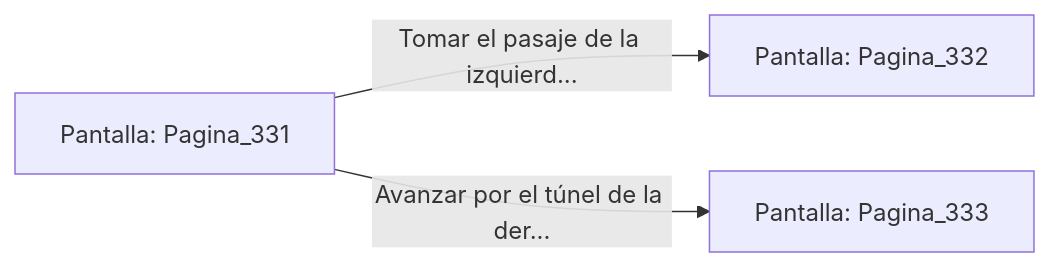
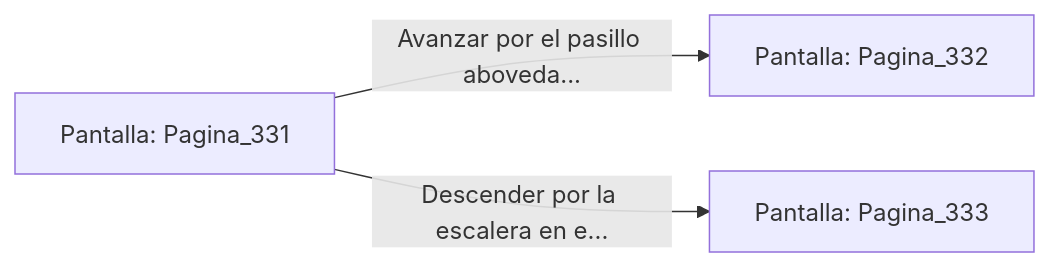
The diagram in sample/eligejuego-vault/Pantalla_Pagina_331.md (metsuke/mpl), drawn with Mermaid before and after one commit. The commit also changed other lines of this file and 635 other files, not shown here.

First line of the commit message:
fix: añadir Pagina_1 como pantalla inicial en capitulo_01.mpl

````diff
--- a/sample/eligejuego-vault/Pantalla_Pagina_331.md
+++ b/sample/eligejuego-vault/Pantalla_Pagina_331.md
@@ -20,6 +24,6 @@
 ```mermaid
 graph LR
     P_Pagina_331["Pantalla: Pagina_331"]
-    P_Pagina_331 -->|"Tomar el pasaje de la izquierd..."| P_Pagina_332["Pantalla: Pagina_332"]
-    P_Pagina_331 -->|"Avanzar por el túnel de la der..."| P_Pagina_333["Pantalla: Pagina_333"]
+    P_Pagina_331 -->|"Avanzar por el pasillo aboveda..."| P_Pagina_332["Pantalla: Pagina_332"]
+    P_Pagina_331 -->|"Descender por la escalera en e..."| P_Pagina_333["Pantalla: Pagina_333"]
 ```
````
